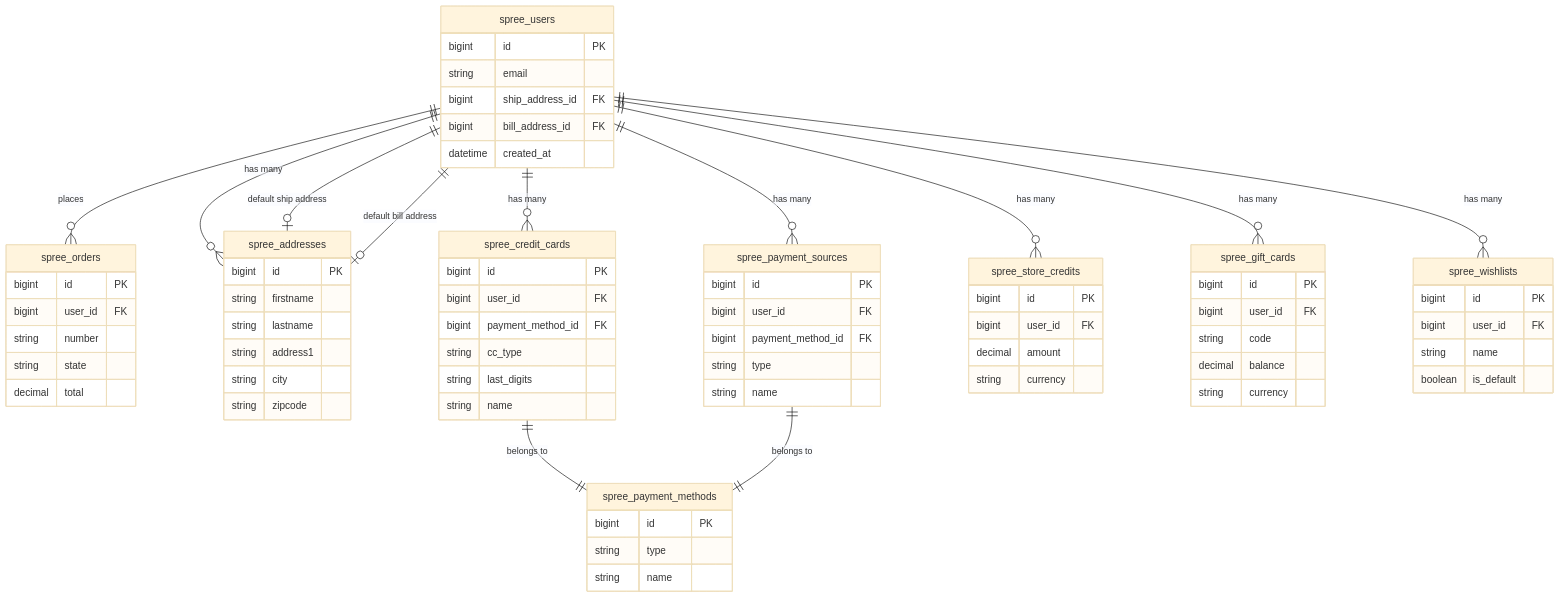
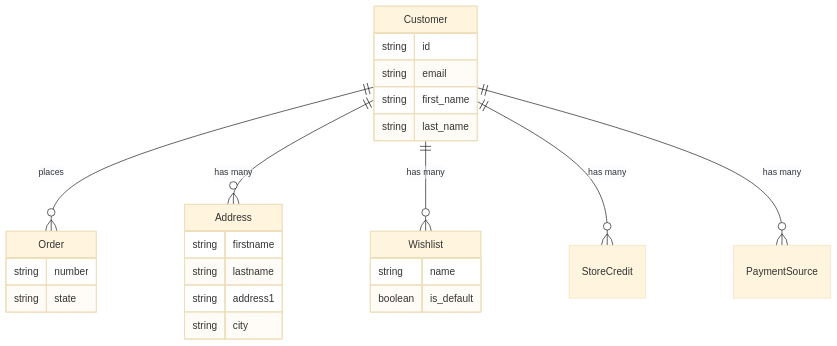
The first of 3 diagrams in docs/developer/core-concepts/users.mdx (spree/spree), drawn with Mermaid (base theme) before and after one commit. The commit also changed other lines of this file and 363 other files, not shown here.

````diff
--- a/docs/developer/core-concepts/users.mdx
+++ b/docs/developer/core-concepts/users.mdx
@@ -31,84 +26,32 @@
 ```mermaid
 erDiagram
-    spree_users ||--o{ spree_orders : "places"
-    spree_users ||--o{ spree_addresses : "has many"
-    spree_users ||--o{ spree_credit_cards : "has many"
-    spree_users ||--o{ spree_payment_sources : "has many"
-    spree_users ||--o{ spree_store_credits : "has many"
-    spree_users ||--o{ spree_gift_cards : "has many"
-    spree_users ||--o{ spree_wishlists : "has many"
-    spree_users ||--o| spree_addresses : "default ship address"
-    spree_users ||--o| spree_addresses : "default bill address"
-    spree_credit_cards ||--|| spree_payment_methods : "belongs to"
-    spree_payment_sources ||--|| spree_payment_methods : "belongs to"
+    Customer ||--o{ Order : "places"
+    Customer ||--o{ Address : "has many"
+    Customer ||--o{ Wishlist : "has many"
+    Customer ||--o{ StoreCredit : "has many"
+    Customer ||--o{ PaymentSource : "has many"
 
-    spree_users {
-        bigint id PK
+    Customer {
+        string id
         string email
-        bigint ship_address_id FK
-        bigint bill_address_id FK
-        datetime created_at
+        string first_name
+        string last_name
     }
 
-    spree_orders {
-        bigint id PK
-        bigint user_id FK
+    Order {
         string number
         string state
-        decimal total
     }
 
-    spree_addresses {
-        bigint id PK
+    Address {
         string firstname
         string lastname
         string address1
         string city
-        string zipcode
     }
 
-    spree_credit_cards {
-        bigint id PK
-        bigint user_id FK
-        bigint payment_method_id FK
-        string cc_type
-        string last_digits
-        string name
-    }
-
-    spree_payment_sources {
-        bigint id PK
-        bigint user_id FK
-        bigint payment_method_id FK
-        string type
-        string name
-    }
-
-    spree_store_credits {
-        bigint id PK
-        bigint user_id FK
-        decimal amount
-        string currency
-    }
-
-    spree_gift_cards {
-        bigint id PK
-        bigint user_id FK
-        string code
-        decimal balance
-        string currency
-    }
-
-    spree_wishlists {
-        bigint id PK
-        bigint user_id FK
+    Wishlist {
         string name
         boolean is_default
     }
-
-    spree_payment_methods {
-        bigint id PK
-        string type
-        string name
-    }
 ```
````
